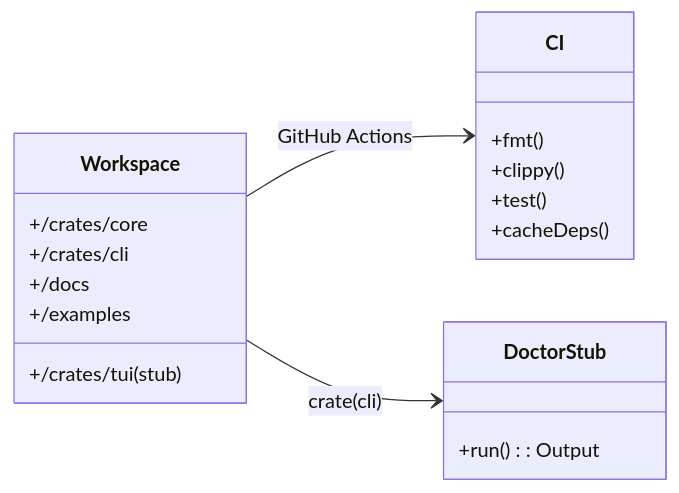
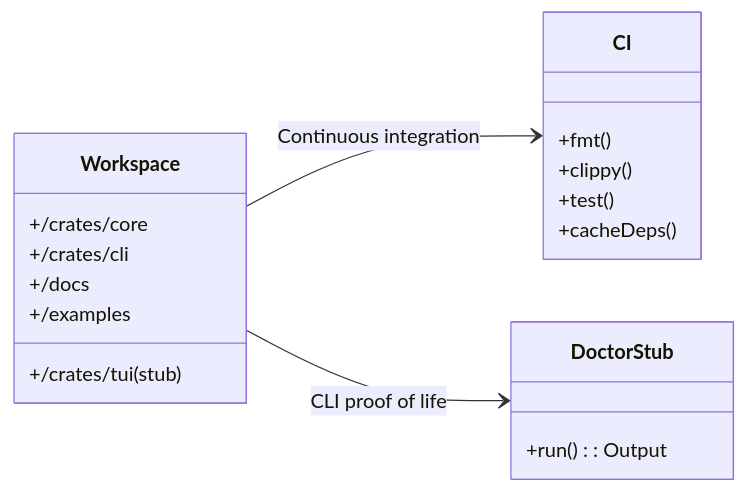
Before and after one commit to agustinvalencia/mdvault: the first of 22 diagrams in docs/01_development_plan.md, drawn with Mermaid. The commit also changed other lines of this file and 1 other file, not shown here.

````diff
--- a/docs/01_development_plan.md
+++ b/docs/01_development_plan.md
@@ -16,25 +22,25 @@
 ```mermaid
 classDiagram
   direction LR
   class Workspace {
     +/crates/core
     +/crates/cli
     +/crates/tui (stub)
     +/docs
     +/examples
   }
 
   class CI {
     +fmt()
     +clippy()
     +test()
     +cacheDeps()
   }
 
   class DoctorStub {
     +run(): Output
   }
 
-  Workspace --> CI : GitHub Actions
-  Workspace --> DoctorStub : crate(cli)
+  Workspace --> CI : Continuous integration
+  Workspace --> DoctorStub : CLI proof of life
 ```
````
